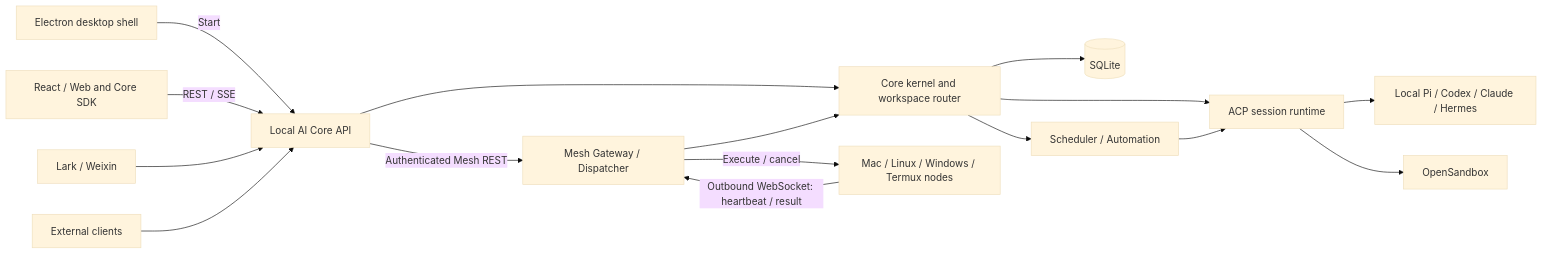
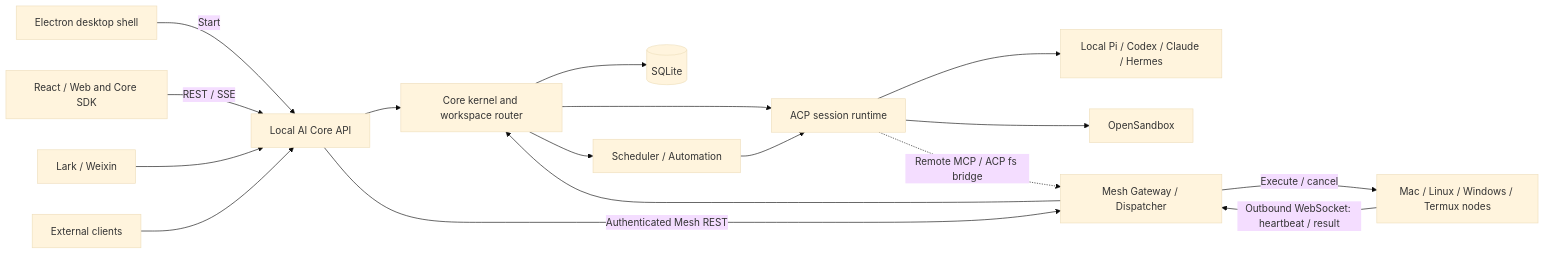
The diagram in README.md (helloimcx/agentdock), drawn with Mermaid (base theme) before and after one commit. The commit also changed other lines of this file and 34 other files, not shown here.

Commit message:
Support remote workspace execution via AgentDock Mesh tools

````diff
--- a/README.md
+++ b/README.md
@@ -19,18 +19,19 @@
 ```mermaid
 flowchart LR
   electron[Electron desktop shell] -->|Start| api[Local AI Core API]
   renderer[React / Web and Core SDK] -->|REST / SSE| api
   channels[Lark / Weixin] --> api
   external[External clients] --> api
   api --> kernel[Core kernel and workspace router]
   kernel --> sqlite[(SQLite)]
   kernel --> acp[ACP session runtime]
   kernel --> scheduler[Scheduler / Automation]
   scheduler --> acp
   acp --> agents[Local Pi / Codex / Claude / Hermes]
   acp --> sandbox[OpenSandbox]
+  acp -.->|Remote MCP / ACP fs bridge| mesh
   api -->|Authenticated Mesh REST| mesh[Mesh Gateway / Dispatcher]
   mesh --> kernel
   nodes[Mac / Linux / Windows / Termux nodes] -->|Outbound WebSocket: heartbeat / result| mesh
   mesh -->|Execute / cancel| nodes
 ```
````
